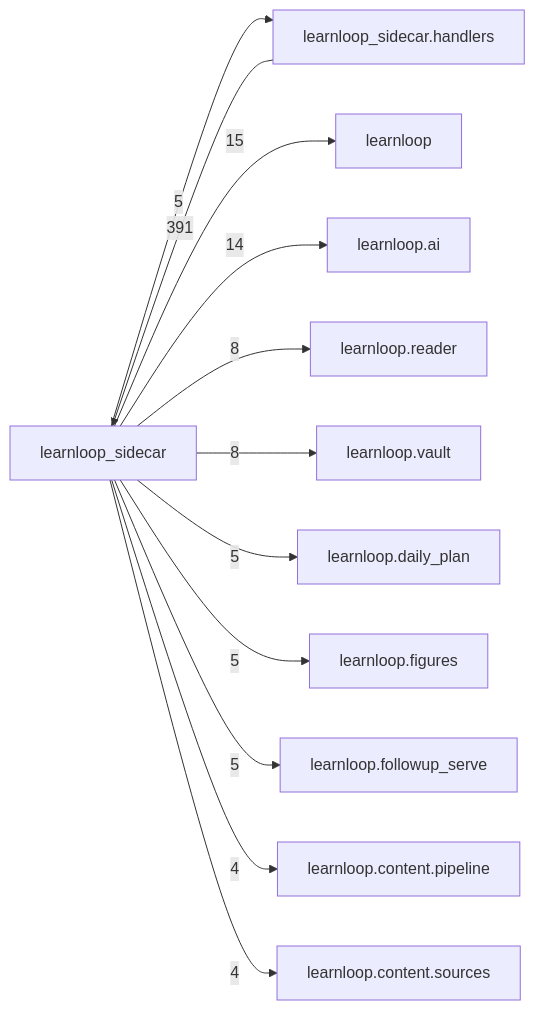
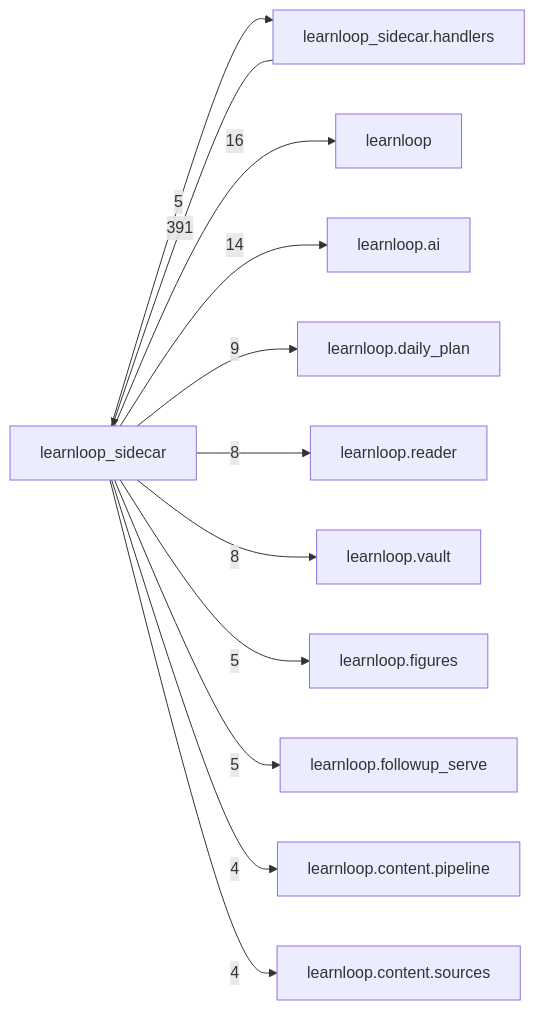
The diagram in docs/learnloop-architecture-vault/Reference/Modules/learnloop_sidecar/_package.md (6up-b/learnanything), drawn with Mermaid before and after one commit. The commit also changed other lines of this file and 69 other files, not shown here.

Commit message:
Vault: module references regenerated after the probe router's continuation (a note for daily_plan.probe_continuation)

````diff
--- a/docs/learnloop-architecture-vault/Reference/Modules/learnloop_sidecar/_package.md
+++ b/docs/learnloop-architecture-vault/Reference/Modules/learnloop_sidecar/_package.md
@@ -138,25 +138,25 @@
 ```mermaid
 flowchart LR
     center["learnloop_sidecar"]
     n_learnloop_sidecar_handlers["learnloop_sidecar.handlers"]
     n_learnloop["learnloop"]
     n_learnloop_ai["learnloop.ai"]
+    n_learnloop_daily_plan["learnloop.daily_plan"]
     n_learnloop_reader["learnloop.reader"]
     n_learnloop_vault["learnloop.vault"]
-    n_learnloop_daily_plan["learnloop.daily_plan"]
     n_learnloop_figures["learnloop.figures"]
     n_learnloop_followup_serve["learnloop.followup_serve"]
     n_learnloop_content_pipeline["learnloop.content.pipeline"]
     n_learnloop_content_sources["learnloop.content.sources"]
     n_learnloop_sidecar_handlers -->|391| center
     center -->|5| n_learnloop_sidecar_handlers
-    center -->|15| n_learnloop
+    center -->|16| n_learnloop
     center -->|14| n_learnloop_ai
+    center -->|9| n_learnloop_daily_plan
     center -->|8| n_learnloop_reader
     center -->|8| n_learnloop_vault
-    center -->|5| n_learnloop_daily_plan
     center -->|5| n_learnloop_figures
     center -->|5| n_learnloop_followup_serve
     center -->|4| n_learnloop_content_pipeline
     center -->|4| n_learnloop_content_sources
 ```
````
